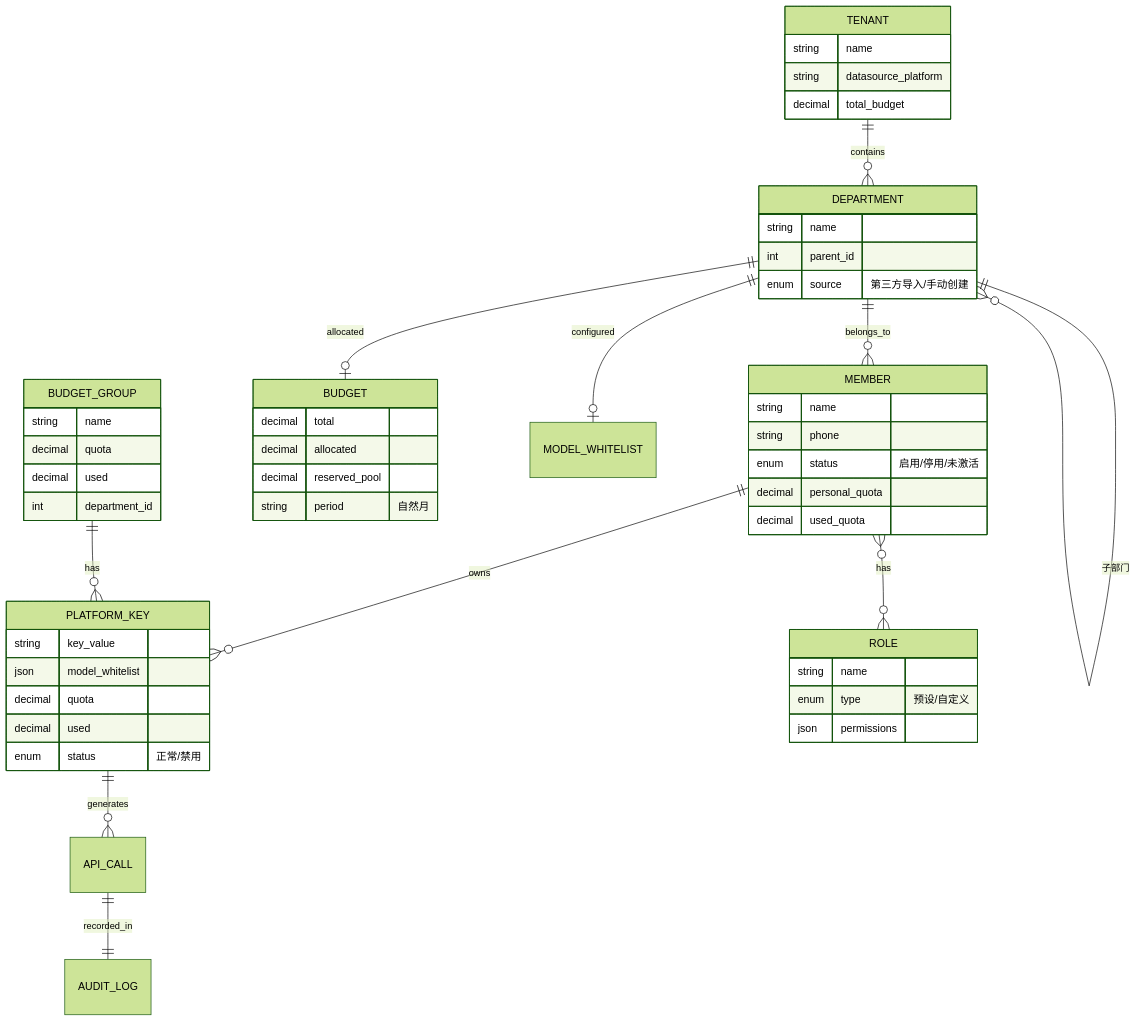
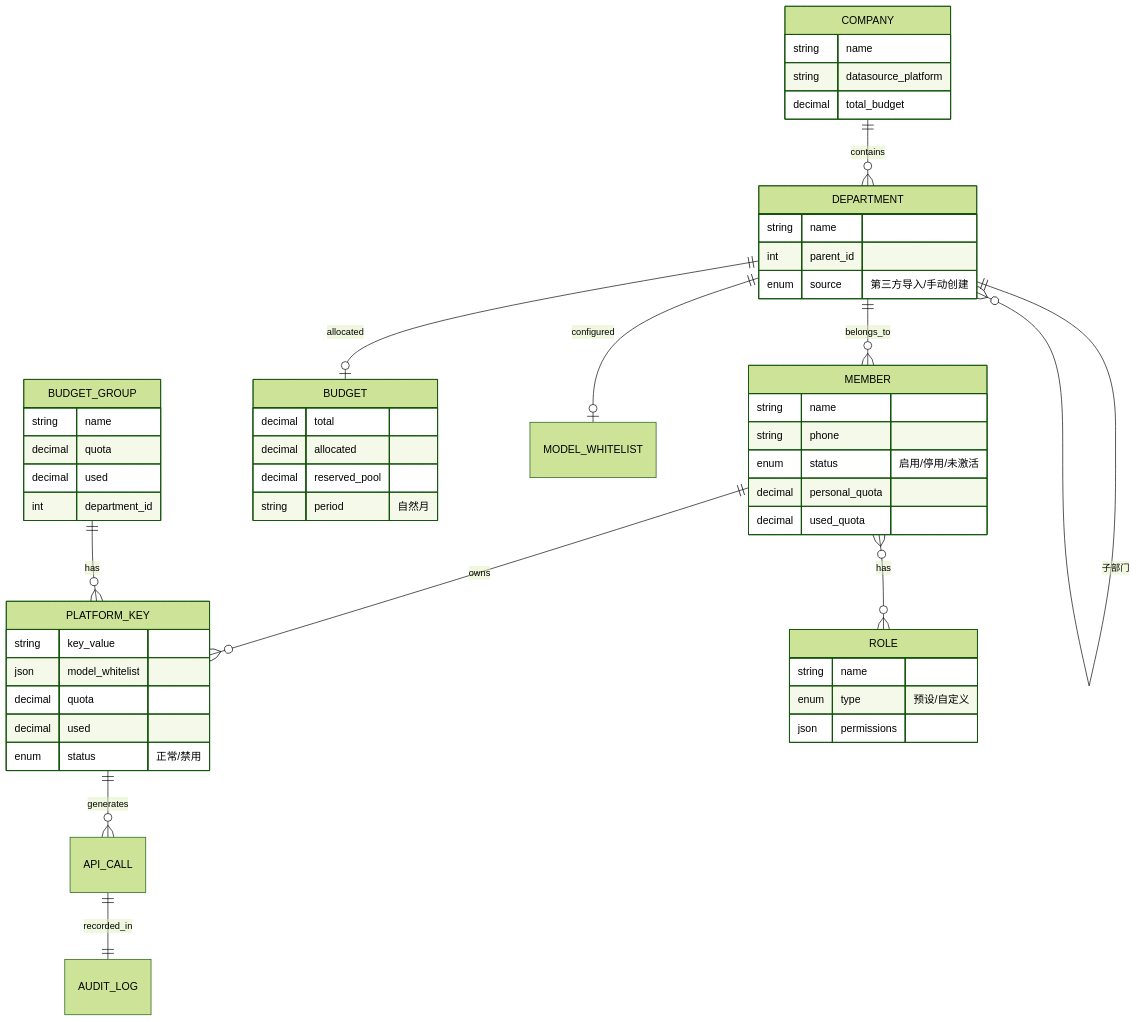
One commit to quyip8818/mytokenjoy changed diagram 15 of 15 in docs/TokenJoy-PRD.md. Above: the diagram before and after it, drawn with Mermaid (forest theme). The commit also changed other lines of this file and 203 other files, not shown here.

````diff
--- a/docs/TokenJoy-PRD.md
+++ b/docs/TokenJoy-PRD.md
@@ -736,55 +736,55 @@
 ```mermaid
 erDiagram
-    TENANT ||--o{ DEPARTMENT : contains
+    COMPANY ||--o{ DEPARTMENT : contains
     DEPARTMENT ||--o{ DEPARTMENT : "子部门"
     DEPARTMENT ||--o{ MEMBER : belongs_to
     MEMBER ||--o{ PLATFORM_KEY : owns
     MEMBER }o--o{ ROLE : has
     DEPARTMENT ||--o| BUDGET : allocated
     DEPARTMENT ||--o| MODEL_WHITELIST : configured
     PLATFORM_KEY ||--o{ API_CALL : generates
     API_CALL ||--|| AUDIT_LOG : recorded_in
     BUDGET_GROUP ||--o{ PLATFORM_KEY : has
 
-    TENANT {
+    COMPANY {
         string name
         string datasource_platform
         decimal total_budget
     }
     DEPARTMENT {
         string name
         int parent_id
         enum source "第三方导入/手动创建"
     }
     MEMBER {
         string name
         string phone
         enum status "启用/停用/未激活"
         decimal personal_quota
         decimal used_quota
     }
     PLATFORM_KEY {
         string key_value
         json model_whitelist
         decimal quota
         decimal used
         enum status "正常/禁用"
     }
     BUDGET {
         decimal total
         decimal allocated
         decimal reserved_pool
         string period "自然月"
     }
     BUDGET_GROUP {
         string name
         decimal quota
         decimal used
         int department_id
     }
     ROLE {
         string name
         enum type "预设/自定义"
         json permissions
     }
 ```
````
